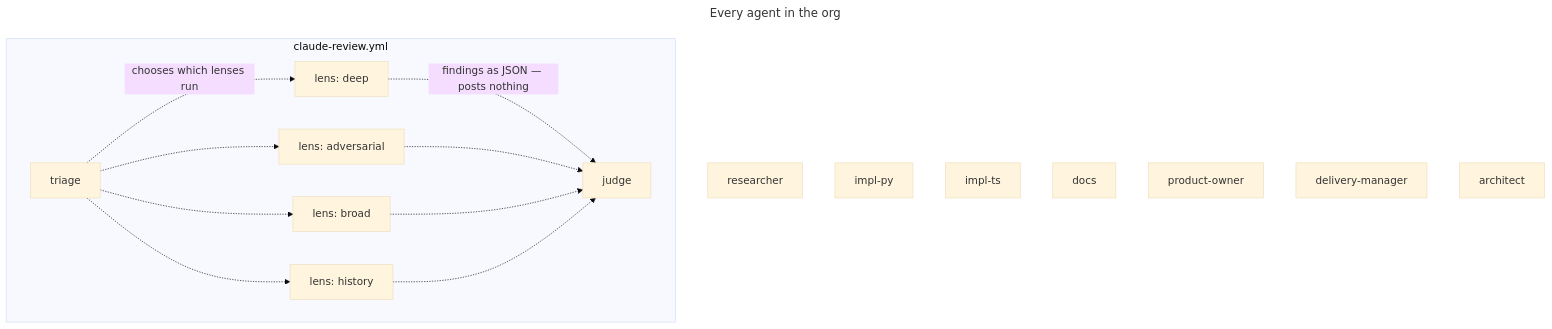
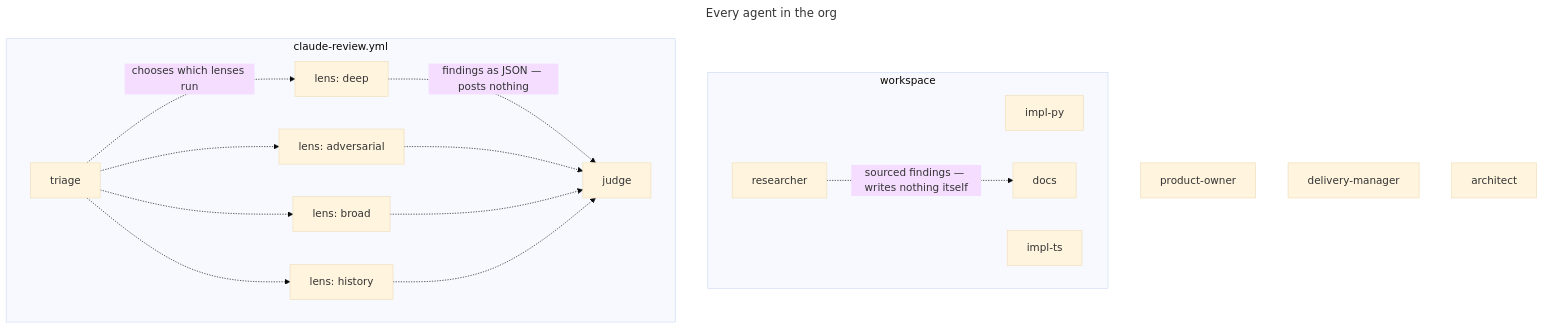
The diagram in arch/generated/mermaid/agents.mmd (konyklabs/.github), drawn with Mermaid (base theme) before and after one commit. The commit also changed 11 other files, not shown here.

```diff
--- a/arch/generated/mermaid/agents.mmd
+++ b/arch/generated/mermaid/agents.mmd
@@ -1,27 +1,30 @@
 ---
 title: "Every agent in the org"
 ---
 graph TB
-  KonyklabsWorkspaceResearcher@{ shape: rectangle, label: "researcher" }
-  KonyklabsWorkspaceImplPy@{ shape: rectangle, label: "impl-py" }
-  KonyklabsWorkspaceImplTs@{ shape: rectangle, label: "impl-ts" }
-  KonyklabsWorkspaceDocsAgent@{ shape: rectangle, label: "docs" }
+  subgraph KonyklabsWorkspace["`workspace`"]
+    KonyklabsWorkspace.ImplPy@{ shape: rectangle, label: "impl-py" }
+    KonyklabsWorkspace.ImplTs@{ shape: rectangle, label: "impl-ts" }
+    KonyklabsWorkspace.Researcher@{ shape: rectangle, label: "researcher" }
+    KonyklabsWorkspace.DocsAgent@{ shape: rectangle, label: "docs" }
+  end
   KonyklabsDotgithubProductOwner@{ shape: rectangle, label: "product-owner" }
   KonyklabsDotgithubDeliveryManager@{ shape: rectangle, label: "delivery-manager" }
   KonyklabsDotgithubArchitect@{ shape: rectangle, label: "architect" }
   subgraph KonyklabsDotgithubGate["`claude-review.yml`"]
     KonyklabsDotgithubGate.Triage@{ shape: rectangle, label: "triage" }
     KonyklabsDotgithubGate.LensDeep@{ shape: rectangle, label: "lens: deep" }
     KonyklabsDotgithubGate.LensAdversarial@{ shape: rectangle, label: "lens: adversarial" }
     KonyklabsDotgithubGate.LensBroad@{ shape: rectangle, label: "lens: broad" }
     KonyklabsDotgithubGate.LensHistory@{ shape: rectangle, label: "lens: history" }
     KonyklabsDotgithubGate.Judge@{ shape: rectangle, label: "judge" }
   end
+  KonyklabsWorkspace.Researcher -. "`sourced findings — writes nothing itself`" .-> KonyklabsWorkspace.DocsAgent
   KonyklabsDotgithubGate.Triage -. "`chooses which lenses run`" .-> KonyklabsDotgithubGate.LensDeep
   KonyklabsDotgithubGate.Triage -.-> KonyklabsDotgithubGate.LensAdversarial
   KonyklabsDotgithubGate.Triage -.-> KonyklabsDotgithubGate.LensBroad
   KonyklabsDotgithubGate.Triage -.-> KonyklabsDotgithubGate.LensHistory
   KonyklabsDotgithubGate.LensDeep -. "`findings as JSON — posts nothing`" .-> KonyklabsDotgithubGate.Judge
   KonyklabsDotgithubGate.LensAdversarial -.-> KonyklabsDotgithubGate.Judge
   KonyklabsDotgithubGate.LensBroad -.-> KonyklabsDotgithubGate.Judge
   KonyklabsDotgithubGate.LensHistory -.-> KonyklabsDotgithubGate.Judge
```
